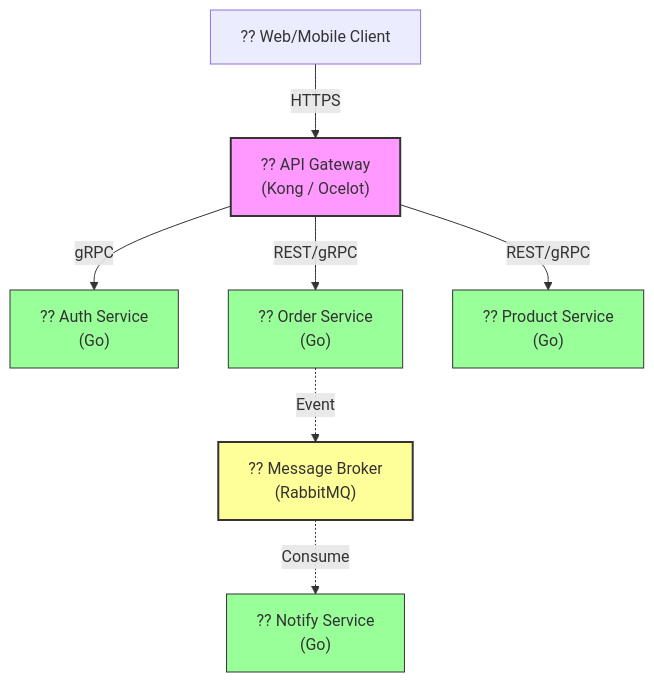
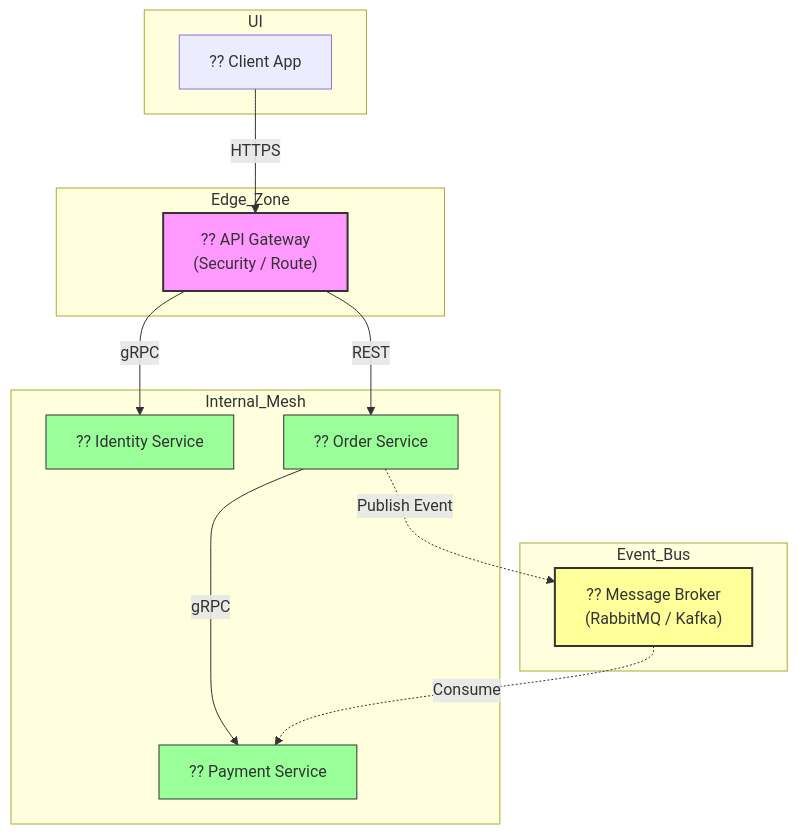
One commit to arch-yunus/microservices-101 changed the diagram in README.md. Above: the diagram before and after it, drawn with Mermaid. The commit also changed other lines of this file and 1 other file, not shown here.

````diff
--- a/README.md
+++ b/README.md
@@ -48,30 +64,33 @@
 ```mermaid
 graph TD
-    %% Ana Nodes
-    Client["?? Web/Mobile Client"] 
-    Gateway["?? API Gateway <br/>(Kong / Ocelot)"]
-    Broker["?? Message Broker <br/>(RabbitMQ)"]
+    subgraph UI
+        Client["?? Client App"]
+    end
     
-    %% Services
-    Auth["?? Auth Service <br/>(Go)"]
-    Order["?? Order Service <br/>(Go)"]
-    Product["?? Product Service <br/>(Go)"]
-    Notification["?? Notify Service <br/>(Go)"]
+    subgraph Edge_Zone
+        Gateway["?? API Gateway <br/>(Security / Route)"]
+    end
     
-    %% Connections
+    subgraph Internal_Mesh
+        Auth["?? Identity Service"]
+        Order["?? Order Service"]
+        Payment["?? Payment Service"]
+    end
+    
+    subgraph Event_Bus
+        Broker["?? Message Broker <br/>(RabbitMQ / Kafka)"]
+    end
+
     Client -->|HTTPS| Gateway
     Gateway -->|gRPC| Auth
-    Gateway -->|REST/gRPC| Order
-    Gateway -->|REST/gRPC| Product
+    Gateway -->|REST| Order
+    Order -->|gRPC| Payment
+    Order -.->|Publish Event| Broker
+    Broker -.->|Consume| Payment
     
-    Order -.->|Event| Broker
-    Broker -.->|Consume| Notification
-    
-    %% Styling
     style Gateway fill:#f9f,stroke:#333,stroke-width:2px
     style Broker fill:#ff9,stroke:#333,stroke-width:2px
-    style Auth fill:#9f9,stroke:#333,stroke-width:1px
-    style Order fill:#9f9,stroke:#333,stroke-width:1px
-    style Product fill:#9f9,stroke:#333,stroke-width:1px
-    style Notification fill:#9f9,stroke:#333,stroke-width:1px
+    style Auth fill:#9f9,stroke:#333
+    style Order fill:#9f9,stroke:#333
+    style Payment fill:#9f9,stroke:#333
 ```
````
